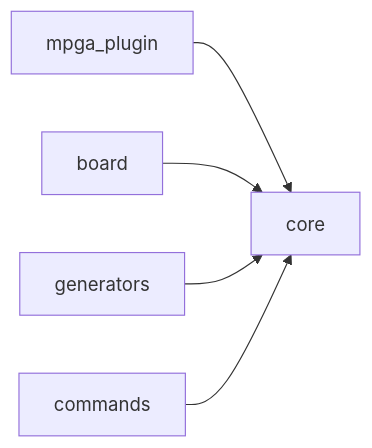
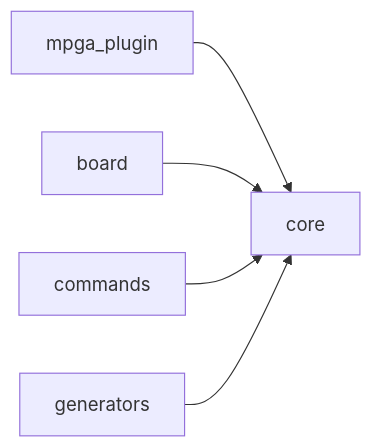
Before and after one commit to benrben/MPGA: the diagram in MPGA/scopes/core.md, drawn with Mermaid. The commit also changed other lines of this file and 79 other files, not shown here.

````diff
--- a/MPGA/scopes/core.md
+++ b/MPGA/scopes/core.md
@@ -73,7 +73,7 @@
 ```mermaid
 graph LR
     mpga_plugin --> core
     board --> core
+    commands --> core
     generators --> core
-    commands --> core
 ```
````
